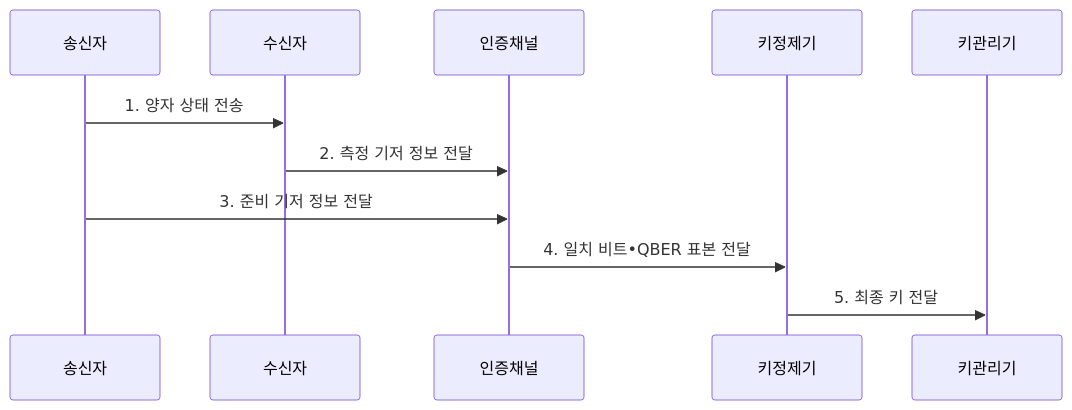
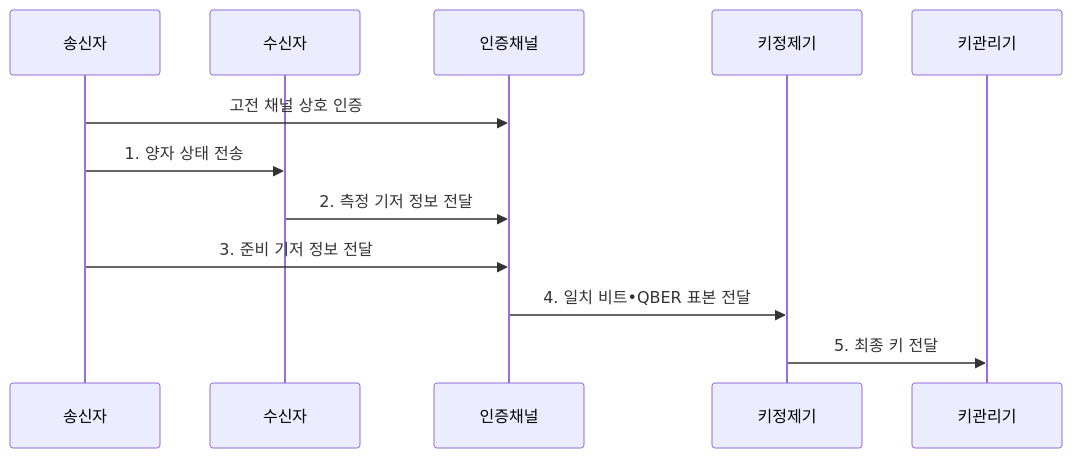
One commit to agnusdei1207/knowledge-base changed the second of 2 diagrams in src/content/docs/notes/04-network/100_quantum_key_distribution.md. Above: the diagram before and after it, drawn with Mermaid. The commit also changed other lines of this file and 19 other files, not shown here.

````diff
--- a/src/content/docs/notes/04-network/100_quantum_key_distribution.md
+++ b/src/content/docs/notes/04-network/100_quantum_key_distribution.md
@@ -105,13 +104,14 @@
 ```mermaid
 sequenceDiagram
     participant 송신자
     participant 수신자
     participant 인증채널
     participant 키정제기
     participant 키관리기
+    송신자->>인증채널: 고전 채널 상호 인증
     송신자->>수신자: 1. 양자 상태 전송
     수신자->>인증채널: 2. 측정 기저 정보 전달
     송신자->>인증채널: 3. 준비 기저 정보 전달
     인증채널->>키정제기: 4. 일치 비트•QBER 표본 전달
     키정제기->>키관리기: 5. 최종 키 전달
 ```
````
